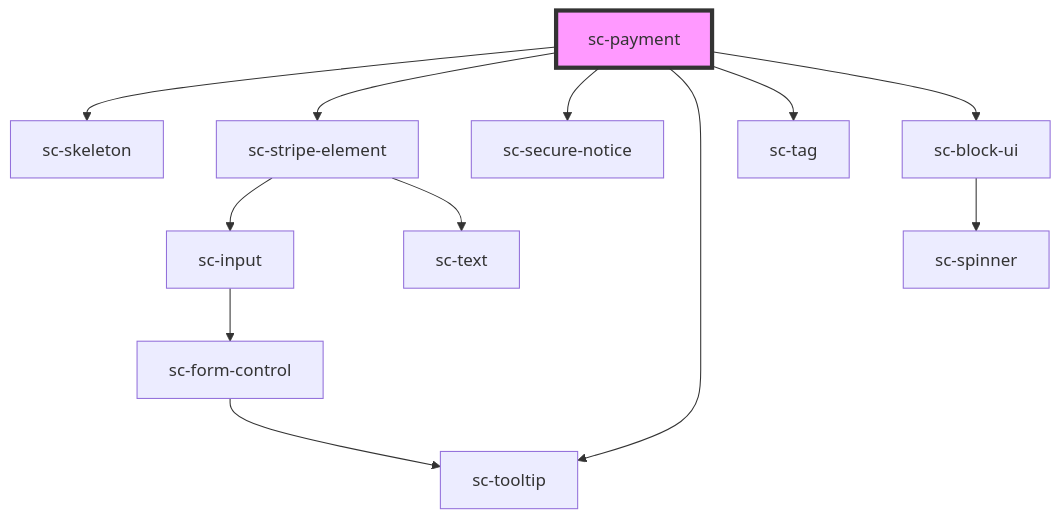
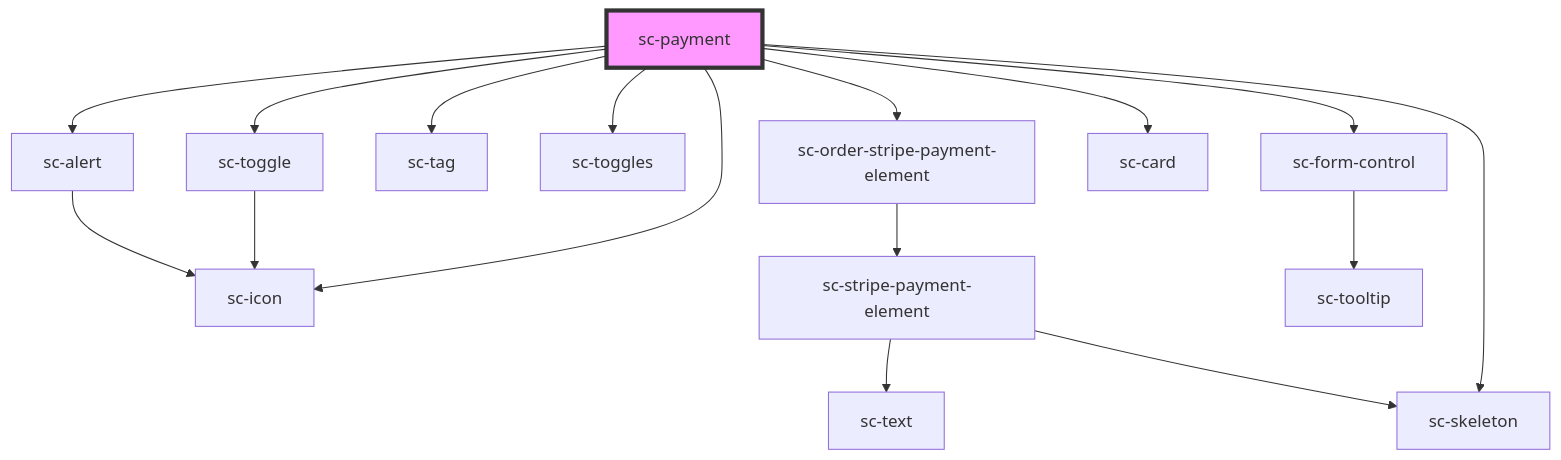
The diagram in packages/components/src/components/controllers/checkout-form/payment/readme.md (surecart/surecart-wp-plugin), drawn with Mermaid before and after one commit. The commit also changed other lines of this file and 33 other files, not shown here.

Commit message:
Refactoring orders for stripe payment element.

````diff
--- a/packages/components/src/components/controllers/checkout-form/payment/readme.md
+++ b/packages/components/src/components/controllers/checkout-form/payment/readme.md
@@ -34,15 +46,19 @@
 ```mermaid
 graph TD;
+  sc-payment --> sc-order-stripe-payment-element
+  sc-payment --> sc-form-control
+  sc-payment --> sc-tag
+  sc-payment --> sc-toggles
+  sc-payment --> sc-toggle
+  sc-payment --> sc-icon
   sc-payment --> sc-skeleton
-  sc-payment --> sc-stripe-element
-  sc-payment --> sc-secure-notice
-  sc-payment --> sc-tooltip
-  sc-payment --> sc-tag
-  sc-payment --> sc-block-ui
-  sc-stripe-element --> sc-input
-  sc-stripe-element --> sc-text
-  sc-input --> sc-form-control
+  sc-payment --> sc-alert
+  sc-payment --> sc-card
+  sc-order-stripe-payment-element --> sc-stripe-payment-element
+  sc-stripe-payment-element --> sc-text
+  sc-stripe-payment-element --> sc-skeleton
   sc-form-control --> sc-tooltip
-  sc-block-ui --> sc-spinner
+  sc-toggle --> sc-icon
+  sc-alert --> sc-icon
   style sc-payment fill:#f9f,stroke:#333,stroke-width:4px
 ```
````
